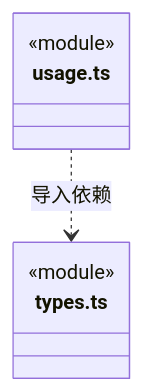
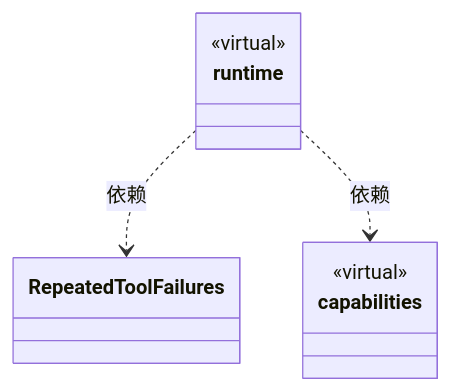
One commit to nan023062/cbim changed the diagram in src/logic/execution/rules/ARCHITECTURE.md. Above: the diagram before and after it, drawn with Mermaid. The commit also changed other lines of this file and 158 other files, not shown here.

Commit message:
docs: model architecture through nested virtual encapsulations

````diff
--- a/src/logic/execution/rules/ARCHITECTURE.md
+++ b/src/logic/execution/rules/ARCHITECTURE.md
@@ -540,10 +21,15 @@
 ```mermaid
 classDiagram
-class N_src_logic_execution_rules_types_ts["types.ts"] {
-  <<module>>
+class N_1491fae3d5b9["runtime"] {
+  <<virtual>>
 }
-class N_src_logic_execution_rules_usage_ts["usage.ts"] {
-  <<module>>
+click N_1491fae3d5b9 href "runtime/ARCHITECTURE.md"
+class N_4ea823e0d00a["RepeatedToolFailures"]
+click N_4ea823e0d00a href "repeated-tool-failures.ts"
+class N_6e47b8d8476c["capabilities"] {
+  <<virtual>>
 }
-N_src_logic_execution_rules_usage_ts ..> N_src_logic_execution_rules_types_ts : 导入依赖
+click N_6e47b8d8476c href "capabilities/ARCHITECTURE.md"
+N_1491fae3d5b9 ..> N_4ea823e0d00a : 依赖
+N_1491fae3d5b9 ..> N_6e47b8d8476c : 依赖
 ```
````
